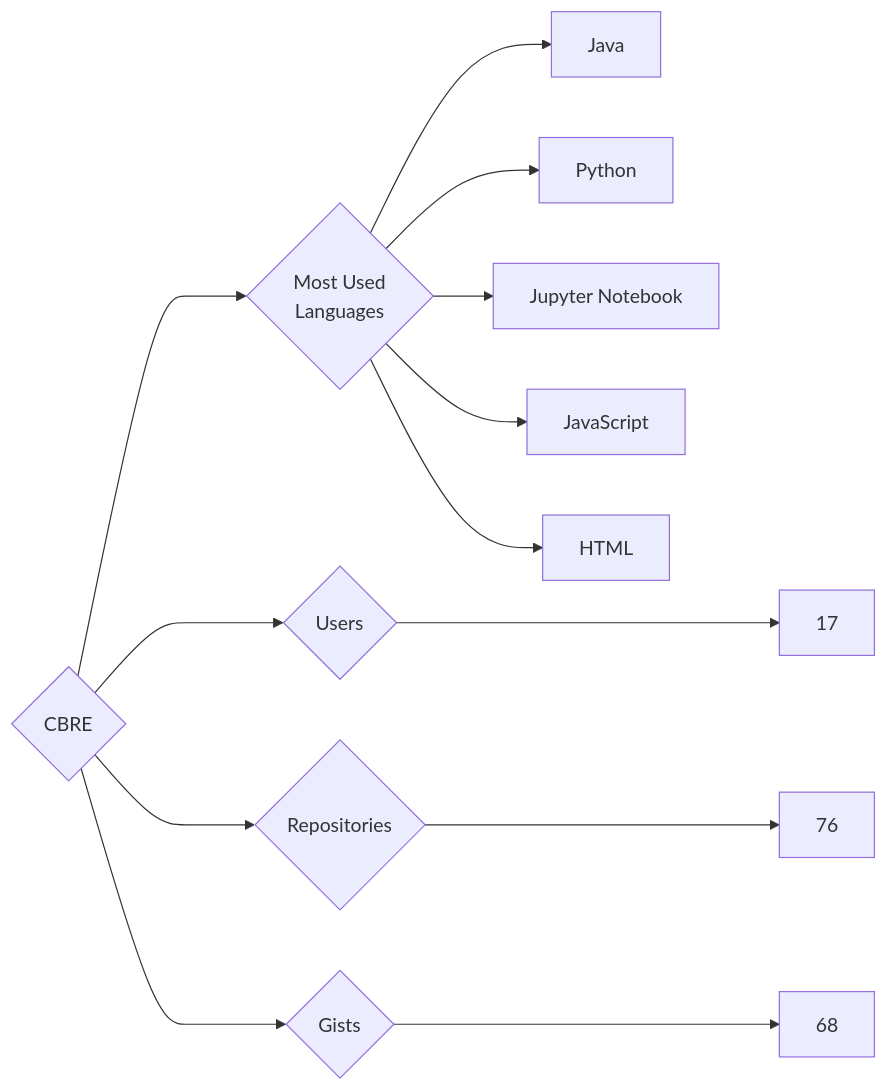
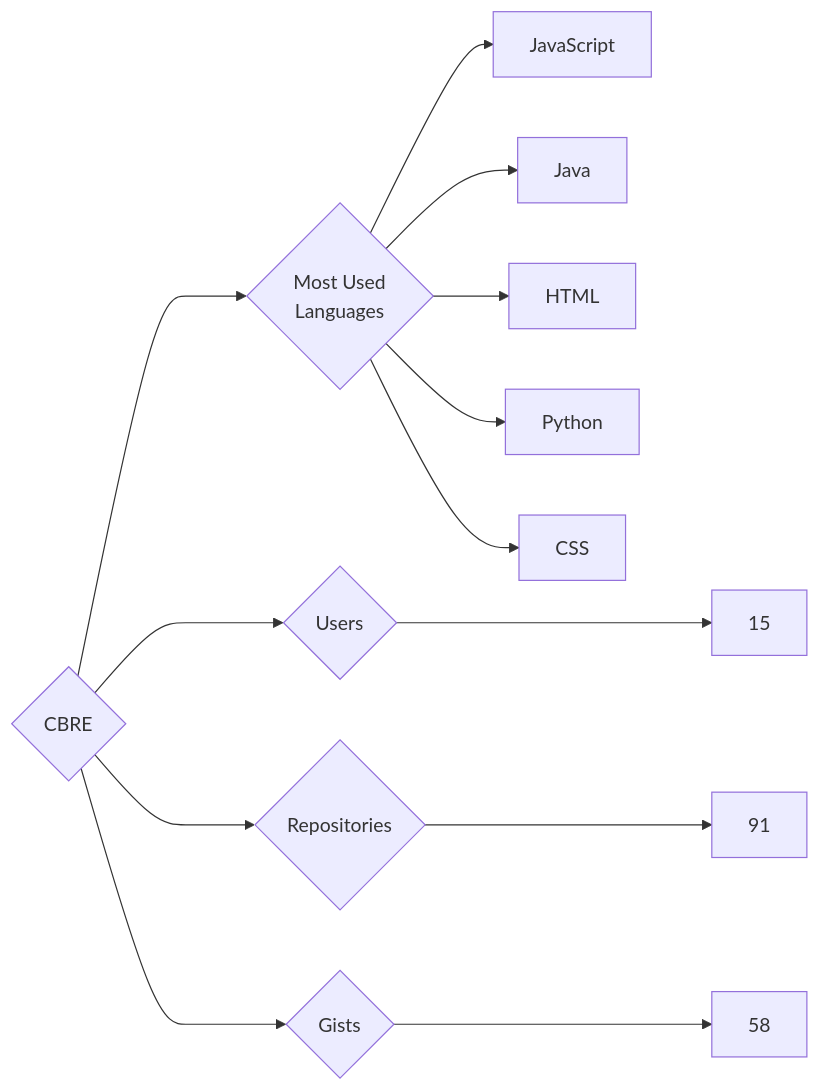
The diagram in targets/CBRE/README.md (trickest/insiders), drawn with Mermaid before and after one commit. The commit also changed 870 other files, not shown here.

````diff
--- a/targets/CBRE/README.md
+++ b/targets/CBRE/README.md
@@ -3,13 +3,13 @@
 ```mermaid
 graph LR
 COMPANY_NAME{CBRE}
-COMPANY_NAME ---> U{Users} ---> UN[17]
-COMPANY_NAME ---> R{Repositories} ---> RN[76]
-COMPANY_NAME ---> G{Gists} ---> GN[68]
+COMPANY_NAME ---> U{Users} ---> UN[15]
+COMPANY_NAME ---> R{Repositories} ---> RN[91]
+COMPANY_NAME ---> G{Gists} ---> GN[58]
 COMPANY_NAME ---> ML{Most Used<br>Languages}
+ML --> JavaScript[JavaScript]
 ML --> Java[Java]
+ML --> HTML[HTML]
 ML --> Python[Python]
-ML --> Jupyter_Notebook[Jupyter Notebook]
-ML --> JavaScript[JavaScript]
-ML --> HTML[HTML]
+ML --> CSS[CSS]
 ```
````
